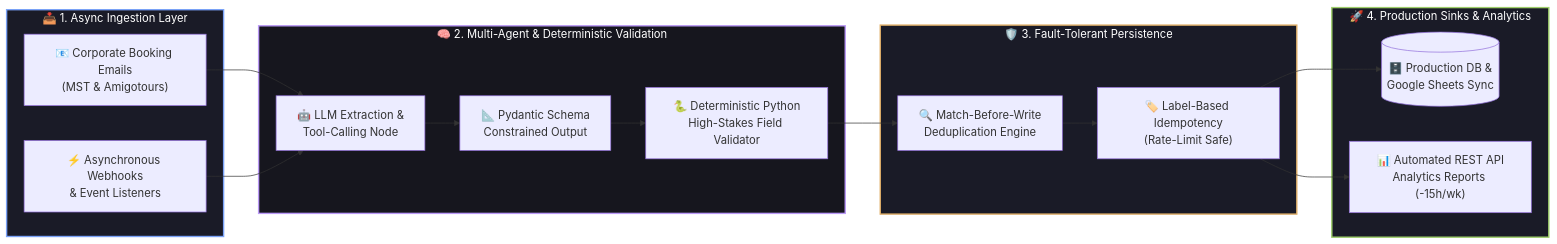
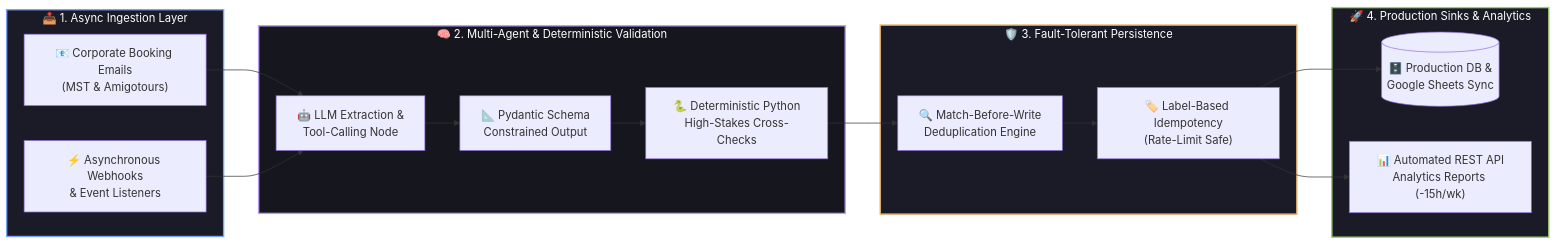
Before and after one commit to adarsh-dubey-gthb/adarsh-dubey-gthb: the first of 3 diagrams in README.md, drawn with Mermaid. The commit also changed other lines of this file, not shown here.

````diff
--- a/README.md
+++ b/README.md
@@ -58,35 +68,34 @@
 ```mermaid
 flowchart LR
     subgraph Ingestion["📥 1. Async Ingestion Layer"]
         A1["📧 Corporate Booking Emails<br/>(MST & Amigotours)"]
         A2["⚡ Asynchronous Webhooks<br/>& Event Listeners"]
     end
 
     subgraph AgentCore["🧠 2. Multi-Agent & Deterministic Validation"]
         B1["🤖 LLM Extraction &<br/>Tool-Calling Node"]
         B2["📐 Pydantic Schema<br/>Constrained Output"]
-        B3["🐍 Deterministic Python<br/>High-Stakes Field Validator"]
+        B3["🐍 Deterministic Python<br/>High-Stakes Cross-Checks"]
         B1 --> B2 --> B3
     end
 
     subgraph Idempotency["🛡️ 3. Fault-Tolerant Persistence"]
         C1["🔍 Match-Before-Write<br/>Deduplication Engine"]
         C2["🏷️ Label-Based Idempotency<br/>(Rate-Limit Safe)"]
         C1 --> C2
     end
 
     subgraph Sinks["🚀 4. Production Sinks & Analytics"]
         D1[("🗄️ Production DB &<br/>Google Sheets Sync")]
         D2["📊 Automated REST API<br/>Analytics Reports (-15h/wk)"]
     end
 
     A1 & A2 --> B1
     B3 --> C1
     C2 --> D1 & D2
 
     style Ingestion fill:#1a1b27,stroke:#7aa2f7,stroke-width:2px,color:#fff
     style AgentCore fill:#16161e,stroke:#bb9af7,stroke-width:2px,color:#fff
     style Idempotency fill:#1a1b27,stroke:#e0af68,stroke-width:2px,color:#fff
     style Sinks fill:#1a1b27,stroke:#9ece6a,stroke-width:2px,color:#fff
-
 ```
````
